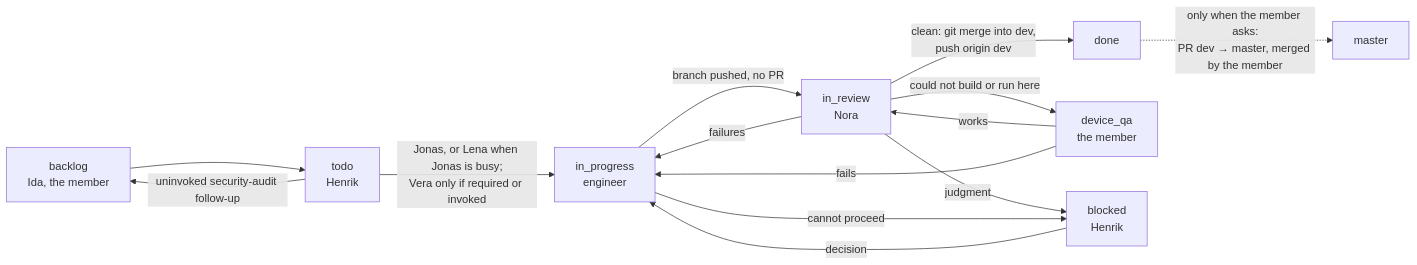
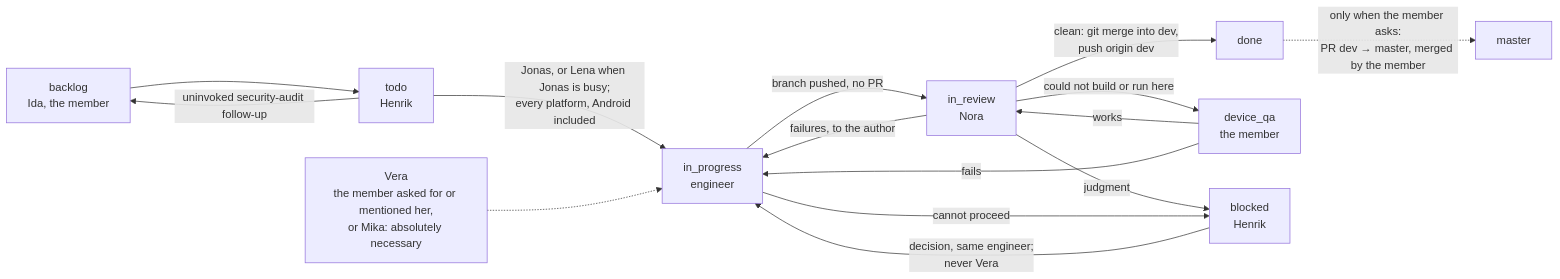
The second of 2 diagrams in docs/multica-setup/routing.md (AsP3X/shroud), drawn with Mermaid before and after one commit. The commit also changed other lines of this file and 12 other files, not shown here.

````diff
--- a/docs/multica-setup/routing.md
+++ b/docs/multica-setup/routing.md
@@ -79,16 +97,17 @@
 ```mermaid
 flowchart LR
     B[backlog<br/>Ida, the member] --> T[todo<br/>Henrik]
-    T -- "Jonas, or Lena when Jonas is busy;<br/>Vera only if required or invoked" --> P[in_progress<br/>engineer]
+    T -- "Jonas, or Lena when Jonas is busy;<br/>every platform, Android included" --> P[in_progress<br/>engineer]
     T -- uninvoked security-audit follow-up --> B
+    V["Vera<br/>the member asked for or mentioned her,<br/>or Mika: absolutely necessary"] -.-> P
     P -- "branch pushed, no PR" --> R[in_review<br/>Nora]
     R -- "clean: git merge into dev,<br/>push origin dev" --> D[done]
-    R -- failures --> P
+    R -- "failures, to the author" --> P
     R -- "could not build or run here" --> Q[device_qa<br/>the member]
     Q -- works --> R
     Q -- fails --> P
     R -- judgment --> K[blocked<br/>Henrik]
     P -- "cannot proceed" --> K
-    K -- decision --> P
+    K -- "decision, same engineer;<br/>never Vera" --> P
     D -. "only when the member asks:<br/>PR dev → master, merged by the member" .-> MS[master]
 ```
````
